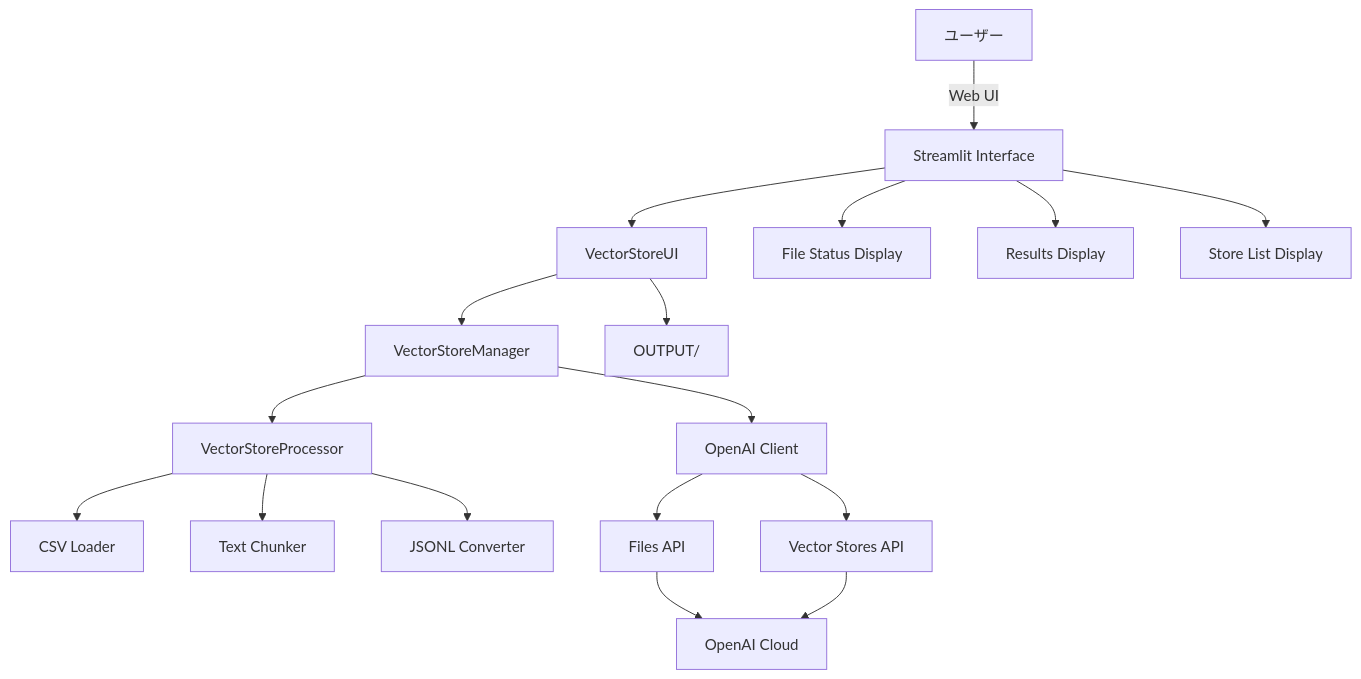
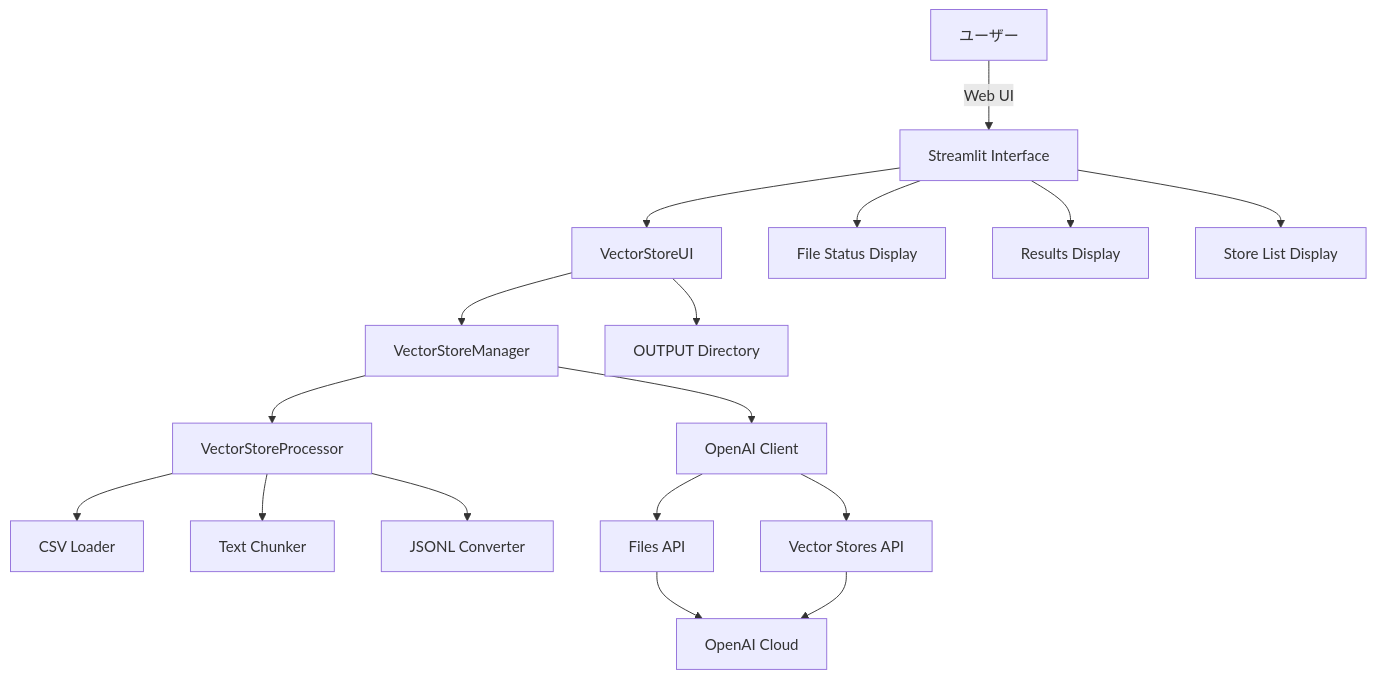
The first of 3 diagrams in doc/a02_set_vector_store_vsid.md (nakashima2toshio/openai_rag_jp), drawn with Mermaid before and after one commit. The commit also changed other lines of this file and 13 other files, not shown here.

````diff
--- a/doc/a02_set_vector_store_vsid.md
+++ b/doc/a02_set_vector_store_vsid.md
@@ -34,23 +39,23 @@
 ```mermaid
 graph TD
     A[ユーザー] -->|Web UI| B[Streamlit Interface]
     B --> C[VectorStoreUI]
     C --> D[VectorStoreManager]
     D --> E[VectorStoreProcessor]
     
     E --> F[CSV Loader]
     E --> G[Text Chunker]
     E --> H[JSONL Converter]
     
     D --> I[OpenAI Client]
     I --> J[Files API]
     I --> K[Vector Stores API]
     
     B --> L[File Status Display]
     B --> M[Results Display]
     B --> N[Store List Display]
     
-    C --> O[OUTPUT/]
+    C --> O[OUTPUT Directory]
     J --> P[OpenAI Cloud]
     K --> P
 ```
````
